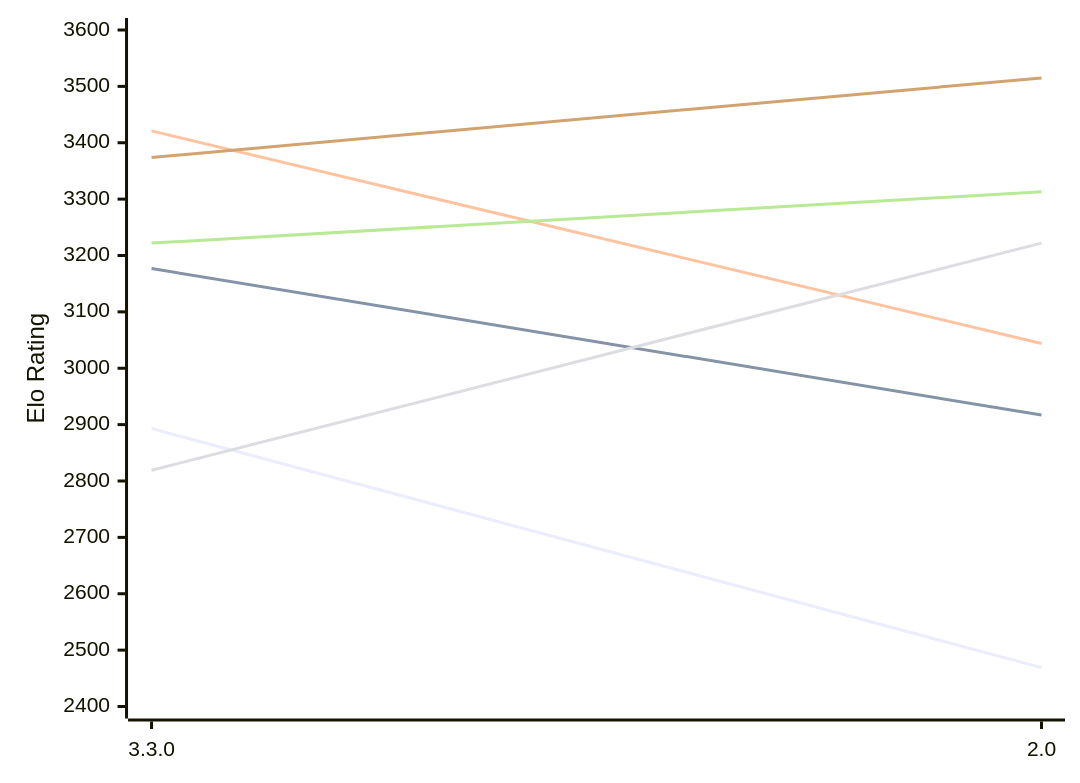
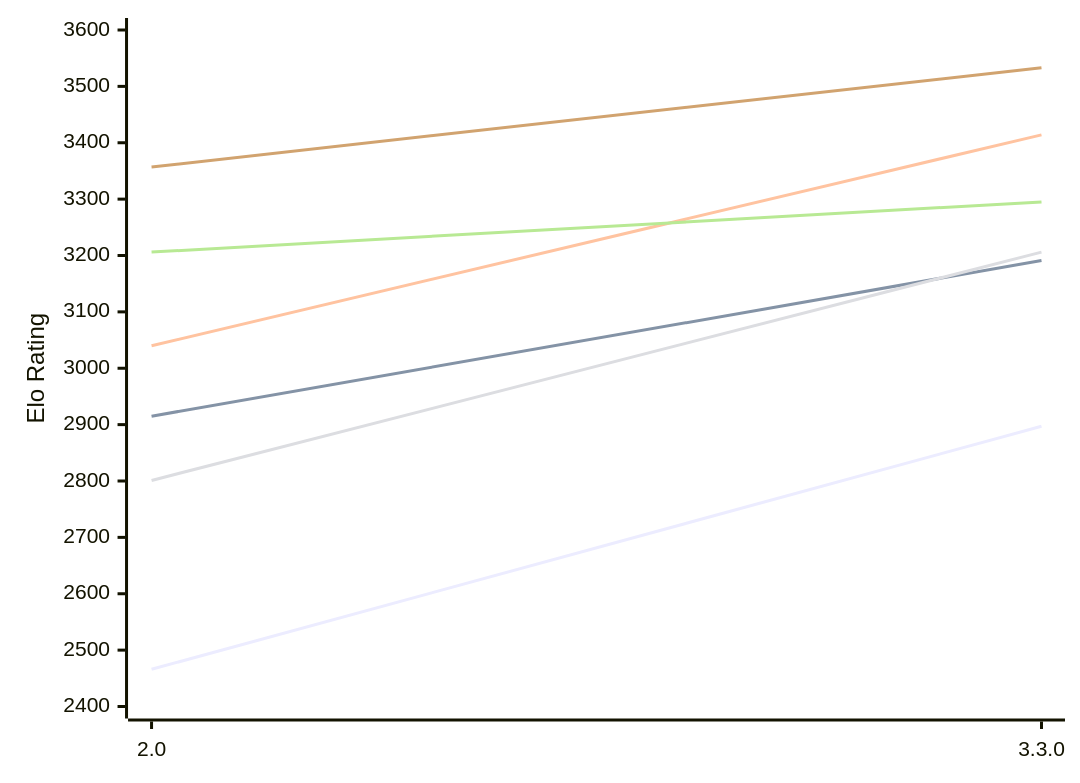
The diagram in engines/Ravager.md (computer-chess-index/cci), drawn with Mermaid before and after one commit. The commit also changed other lines of this file, not shown here.

Commit message:
Update CCI Ratings (ELO VLTC) - 2026-10-11

````diff
--- a/engines/Ravager.md
+++ b/engines/Ravager.md
@@ -49,12 +49,12 @@
 ```mermaid
 %%{init: {"theme":"base","themeVariables":{"seriesColors:['#a3a3a3','#222221','#faa371']}}}%%
 xychart-beta
-  x-axis ["3.3.0", "2.0"]
+  x-axis ["2.0", "3.3.0"]
   y-axis "Elo Rating" 2400 --> 3600
-  line "E1: STC (8.0+0.08s)" [2893, 2469]
-  line "E1: LTC (60.0+0.60s)" [3177, 2917]
-  line "E1: VLTC (2m24s+1.12s)" [3421, 3044]
-  line "P1: STC (8.0+0.08s)" [2819, 3222]
-  line "P1: LTC (60.0+0.60s)" [3222, 3313]
-  line "P1: VLTC (2m24s+1.12s)" [3374, 3515]
+  line "E1: STC (8.0+0.08s)" [2466, 2897]
+  line "E1: LTC (60.0+0.60s)" [2915, 3191]
+  line "E1: VLTC (2m24s+1.12s)" [3040, 3414]
+  line "P1: STC (8.0+0.08s)" [2801, 3206]
+  line "P1: LTC (60.0+0.60s)" [3206, 3295]
+  line "P1: VLTC (2m24s+1.12s)" [3357, 3533]
 ```
````
